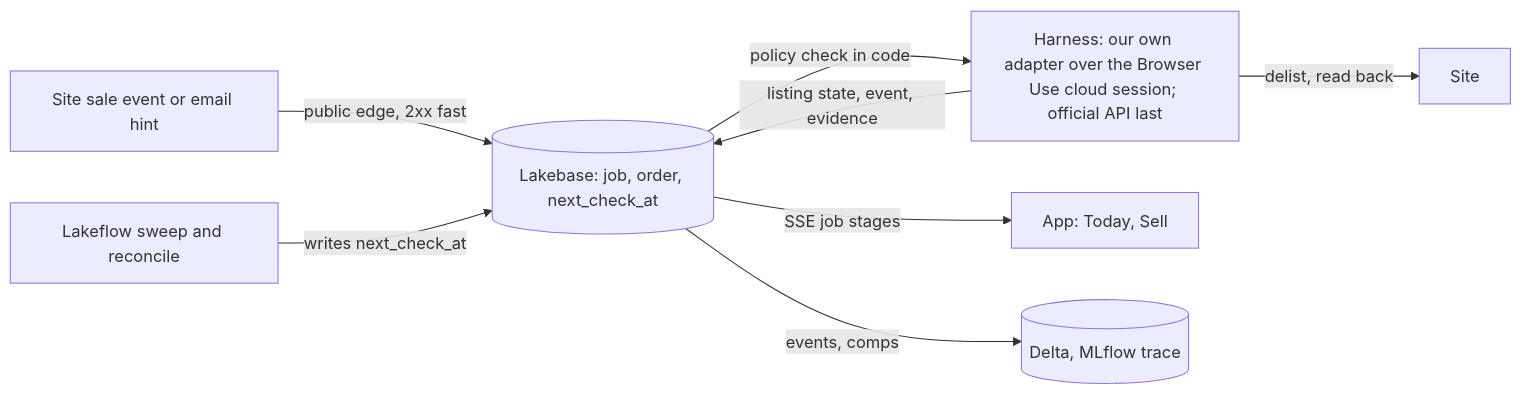
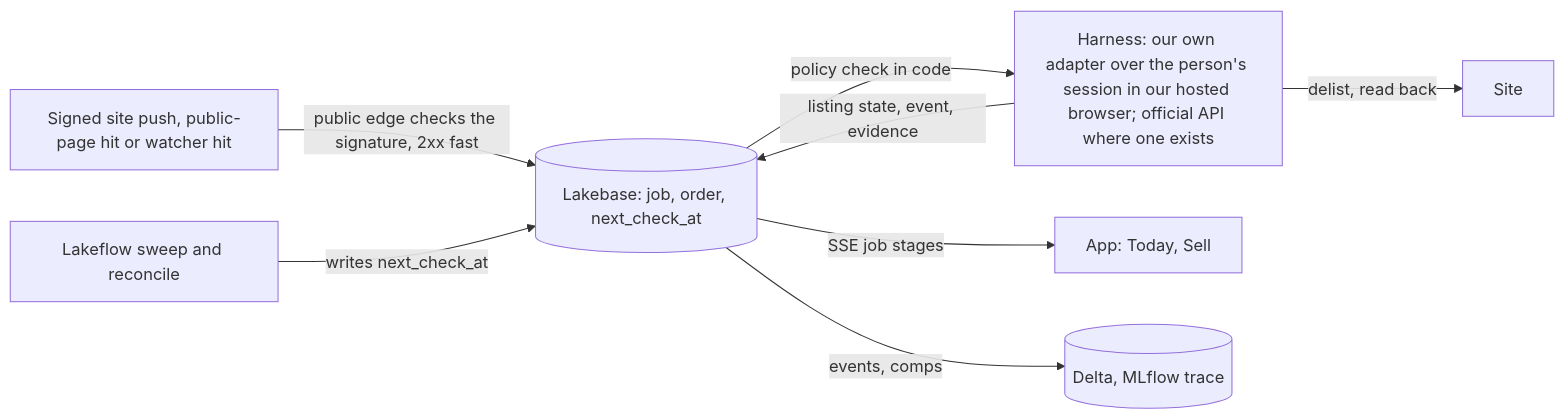
The diagram in spec/features/sold.md (benverhaalen/secondhand), drawn with Mermaid before and after one commit. The commit also changed other lines of this file and 24 other files, not shown here.

````diff
--- a/spec/features/sold.md
+++ b/spec/features/sold.md
@@ -36,10 +36,10 @@
 ```mermaid
 flowchart LR
-  A[Site sale event or email hint] -->|public edge, 2xx fast| B[(Lakebase: job, order, next_check_at)]
+  A[Signed site push, public-page hit or watcher hit] -->|public edge checks the signature, 2xx fast| B[(Lakebase: job, order, next_check_at)]
   S[Lakeflow sweep and reconcile] -->|writes next_check_at| B
-  B -->|policy check in code| C[Harness: our own adapter over the Browser Use cloud session; official API last]
+  B -->|policy check in code| C[Harness: our own adapter over the person's session in our hosted browser; official API where one exists]
   C -->|delist, read back| D[Site]
   C -->|listing state, event, evidence| B
   B -->|SSE job stages| E[App: Today, Sell]
   B -->|events, comps| F[(Delta, MLflow trace)]
 ```
````
